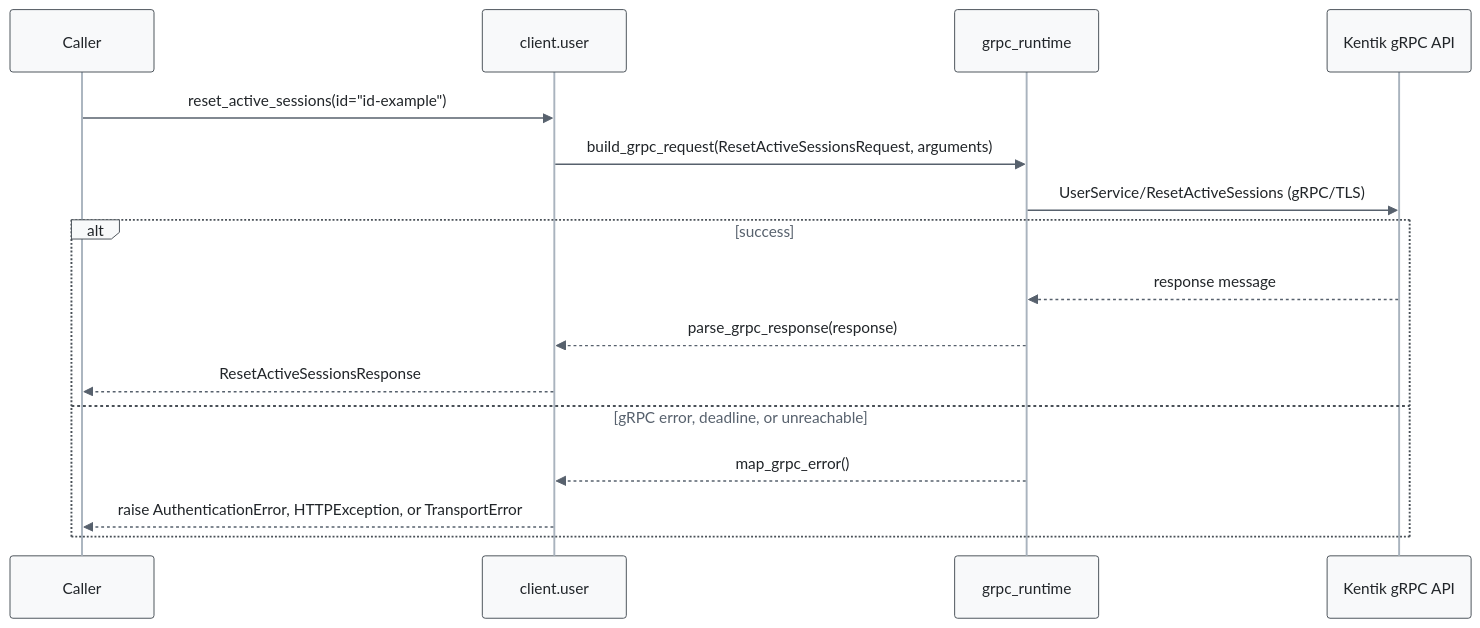
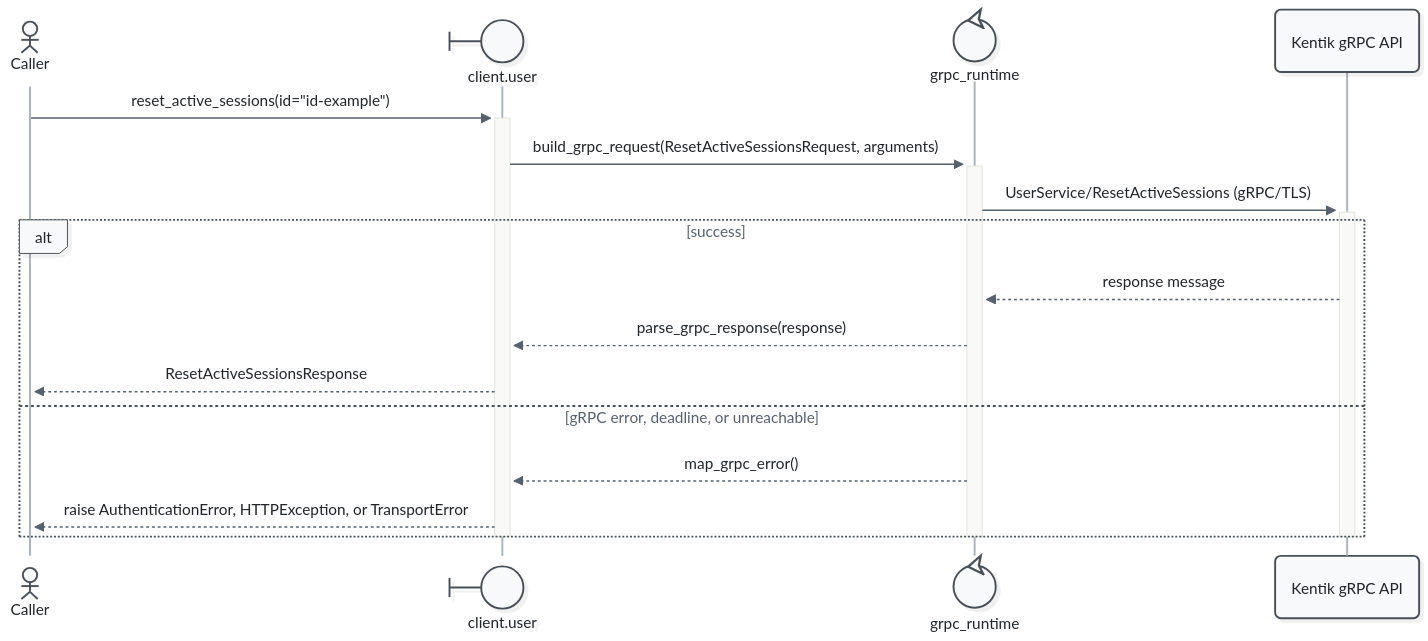
Before and after one commit to alexdearaujo/community_sdk_python: diagram 12 of 15 in docs/sphinx/services/user.md, drawn with Mermaid. The commit also changed other lines of this file and 52 other files, not shown here.

First line of the commit message:
docs: Mermaid 12 sequence diagrams with participant types and path colors

````diff
--- a/docs/sphinx/services/user.md
+++ b/docs/sphinx/services/user.md
@@ -441,20 +468,23 @@
 ```mermaid
-%%{init: {"theme": "base", "fontFamily": "ui-monospace, SFMono-Regular, Menlo, monospace", "themeVariables": {"fontFamily": "ui-monospace, SFMono-Regular, Menlo, monospace", "primaryColor": "#f8f9fa", "primaryBorderColor": "#495057", "primaryTextColor": "#212529", "textColor": "#212529", "lineColor": "#77818c", "edgeLabelBackground": "#ffffff", "actorBkg": "#f8f9fa", "actorBorder": "#495057", "actorTextColor": "#212529", "actorLineColor": "#a9b3be", "signalColor": "#57616d", "signalTextColor": "#212529", "labelBoxBkgColor": "#f8f9fa", "labelBoxBorderColor": "#495057", "labelTextColor": "#212529", "loopTextColor": "#57616d", "noteBkgColor": "#fff9db", "noteBorderColor": "#f08c00", "noteTextColor": "#a35a00"}, "flowchart": {"curve": "step", "nodeSpacing": 30, "rankSpacing": 70, "wrappingWidth": 400}}}%%
+%%{init: {"theme": "redux", "look": "neo", "layout": "dagre", "fontFamily": "ui-monospace, SFMono-Regular, Menlo, monospace", "themeVariables": {"fontFamily": "ui-monospace, SFMono-Regular, Menlo, monospace", "primaryColor": "#f8f9fa", "primaryBorderColor": "#495057", "primaryTextColor": "#212529", "textColor": "#212529", "lineColor": "#77818c", "edgeLabelBackground": "#ffffff", "actorBkg": "#f8f9fa", "actorBorder": "#495057", "actorTextColor": "#212529", "actorLineColor": "#a9b3be", "signalColor": "#57616d", "signalTextColor": "#212529", "labelBoxBkgColor": "#f8f9fa", "labelBoxBorderColor": "#495057", "labelTextColor": "#212529", "loopTextColor": "#57616d", "noteBkgColor": "#fff9db", "noteBorderColor": "#f08c00", "noteTextColor": "#a35a00"}, "sequence": {"activationWidth": 16}, "flowchart": {"curve": "step", "nodeSpacing": 30, "rankSpacing": 70, "wrappingWidth": 400}}}%%
 sequenceDiagram
-    participant C as Caller
-    participant W as client.user
-    participant R as grpc_runtime
+    actor C as Caller
+    participant W@{ "type": "boundary" } as client.user
+    participant R@{ "type": "control" } as grpc_runtime
     participant API as Kentik gRPC API
 
-    C->>W: reset_active_sessions(id="id-example")
-    W->>R: build_grpc_request(ResetActiveSessionsRequest, arguments)
-    R->>API: UserService/ResetActiveSessions (gRPC/TLS)
+    C->>+W: reset_active_sessions(id="id-example")
+    W->>+R: build_grpc_request(ResetActiveSessionsRequest, arguments)
+    R->>+API: UserService/ResetActiveSessions (gRPC/TLS)
     alt success
         API-->>R: response message
         R-->>W: parse_grpc_response(response)
         W-->>C: ResetActiveSessionsResponse
     else gRPC error, deadline, or unreachable
         R-->>W: map_grpc_error()
         W-->>C: raise AuthenticationError, HTTPException, or TransportError
     end
+    deactivate API
+    deactivate R
+    deactivate W
 ```
````
